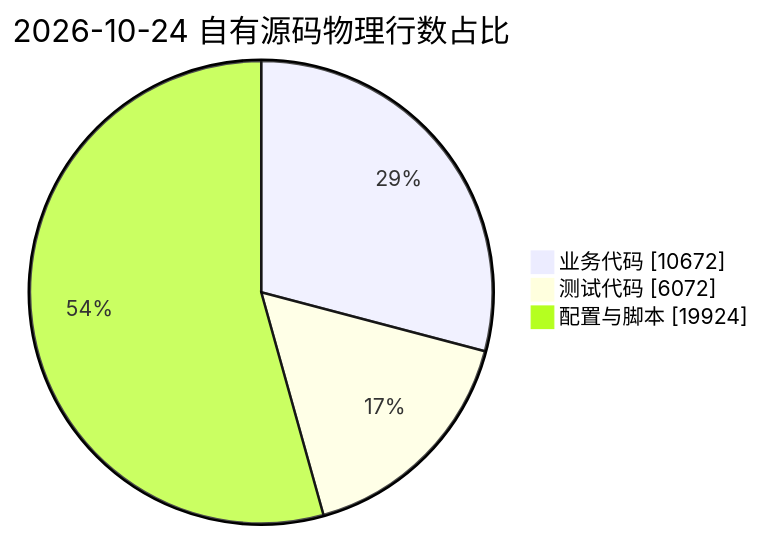
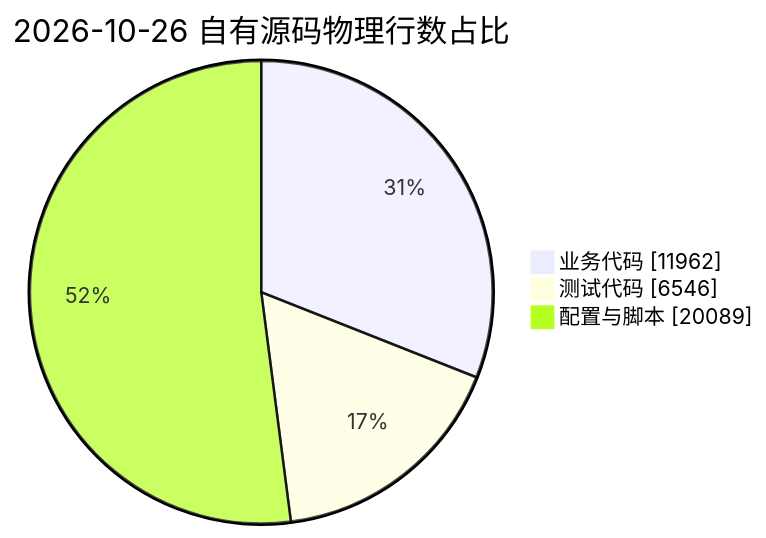
Before and after one commit to JobsKits/WindowsOS_Extension: the third of 3 diagrams in README.md, drawn with Mermaid. The commit also changed other lines of this file and 24 other files, not shown here.

````diff
--- a/README.md
+++ b/README.md
@@ -621,7 +622,7 @@
 ```mermaid
 pie showData
-    title 2026-10-24 自有源码物理行数占比
-    "业务代码" : 10672
-    "测试代码" : 6072
-    "配置与脚本" : 19924
+    title 2026-10-26 自有源码物理行数占比
+    "业务代码" : 11962
+    "测试代码" : 6546
+    "配置与脚本" : 20089
 ```
````
